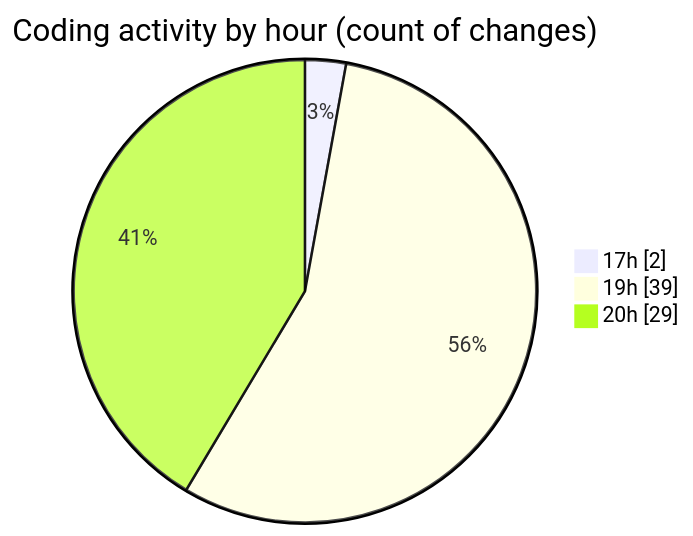
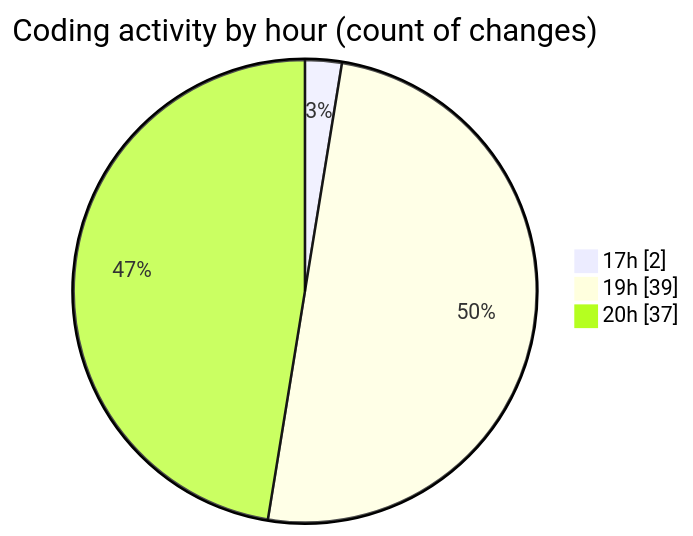
The second of 2 diagrams in 2025-10-21/skintrack/README.md (Netris89/code-tracking), drawn with Mermaid before and after one commit. The commit also changed other lines of this file and 1 other file, not shown here.

````diff
--- a/2025-10-21/skintrack/README.md
+++ b/2025-10-21/skintrack/README.md
@@ -40,7 +40,7 @@
 ```mermaid
 pie showData
 title Coding activity by hour (count of changes)
 "17h" : 2
 "19h" : 39
-"20h" : 29
+"20h" : 37
 ```
````
